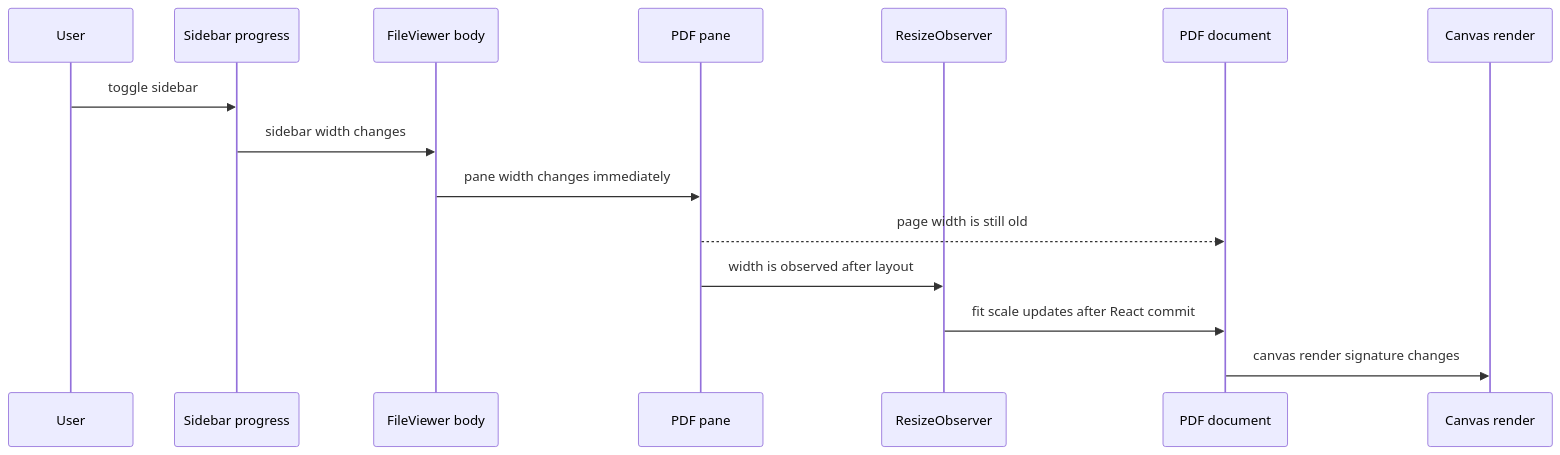
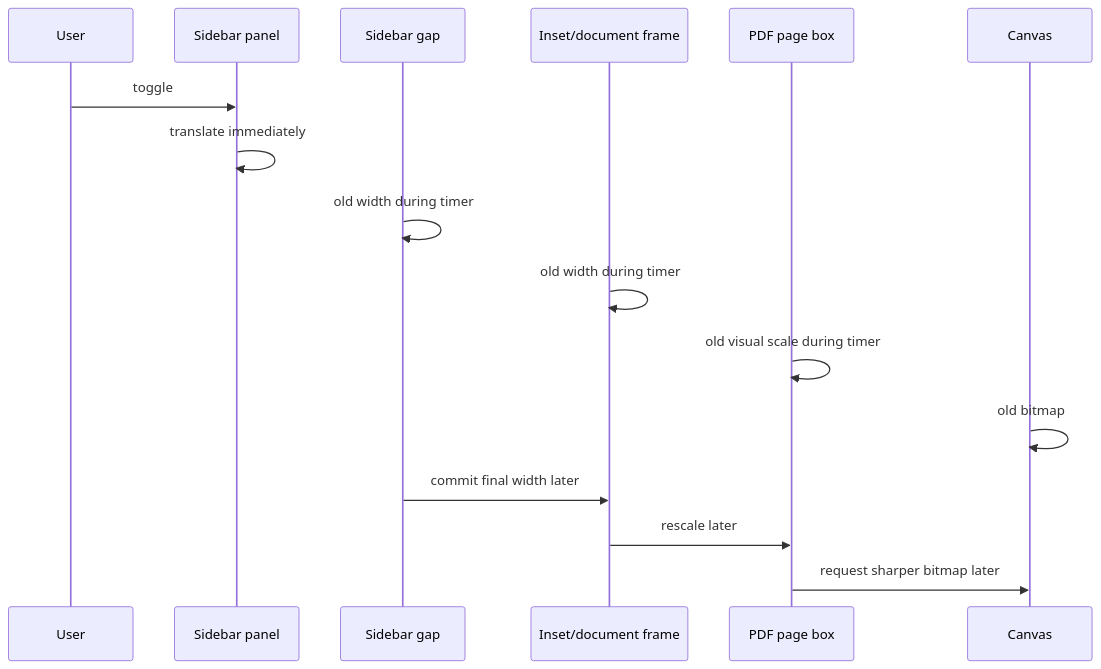
Before and after one commit to retab-dev/retab-ui: the third of 22 diagrams in design/file-viewer-geometry-contract-blueprint.md, drawn with Mermaid. The commit also changed other lines of this file and 98 other files, not shown here.

````diff
--- a/design/file-viewer-geometry-contract-blueprint.md
+++ b/design/file-viewer-geometry-contract-blueprint.md
@@ -76,18 +113,19 @@
 ```mermaid
 sequenceDiagram
-  participant U as User
-  participant S as Sidebar progress
-  participant B as FileViewer body
-  participant P as PDF pane
-  participant R as ResizeObserver
-  participant D as PDF document
-  participant C as Canvas render
+  participant User
+  participant Sidebar as Sidebar panel
+  participant Gap as Sidebar gap
+  participant Inset as Inset/document frame
+  participant Pdf as PDF page box
+  participant Canvas
 
-  U->>S: toggle sidebar
-  S->>B: sidebar width changes
-  B->>P: pane width changes immediately
-  P-->>D: page width is still old
-  P->>R: width is observed after layout
-  R->>D: fit scale updates after React commit
-  D->>C: canvas render signature changes
+  User->>Sidebar: toggle
+  Sidebar->>Sidebar: translate immediately
+  Gap->>Gap: old width during timer
+  Inset->>Inset: old width during timer
+  Pdf->>Pdf: old visual scale during timer
+  Canvas->>Canvas: old bitmap
+  Gap->>Inset: commit final width later
+  Inset->>Pdf: rescale later
+  Pdf->>Canvas: request sharper bitmap later
 ```
````
